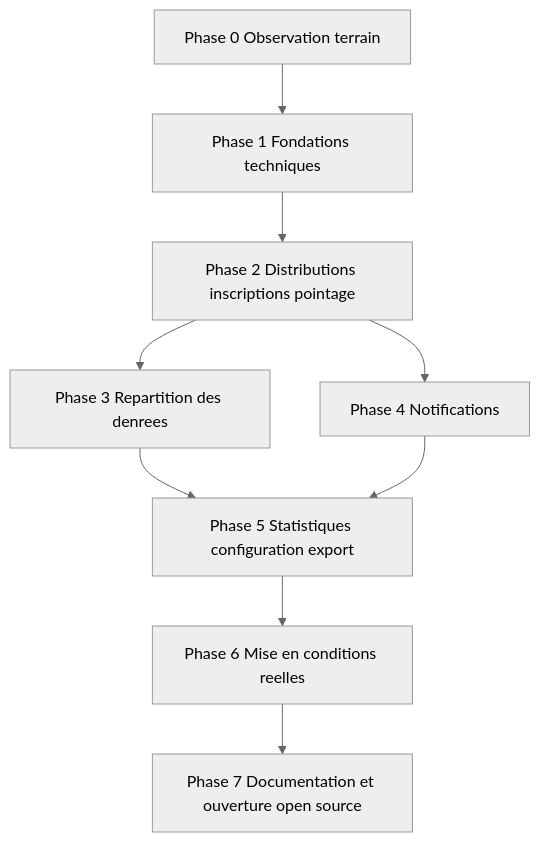
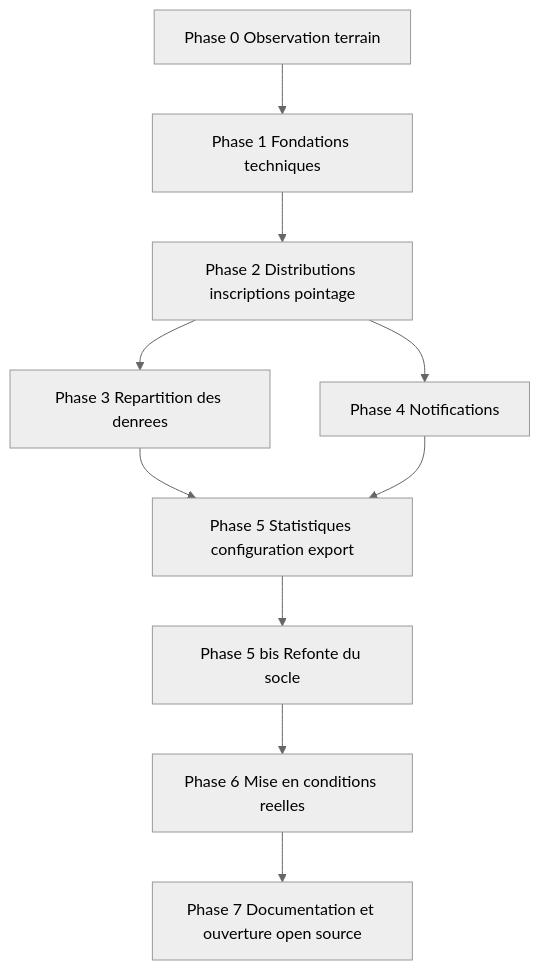
Before and after one commit to Joello61/solivio: the diagram in docs/roadmap.md, drawn with Mermaid (neutral theme). The commit also changed other lines of this file, not shown here.

First line of the commit message:
docs(roadmap): inserer la refonte du socle avant la mise en conditions reelles

````diff
--- a/docs/roadmap.md
+++ b/docs/roadmap.md
@@ -43,11 +43,12 @@
 ```mermaid
 flowchart TD
     P0[Phase 0 Observation terrain] --> P1[Phase 1 Fondations techniques]
     P1 --> P2[Phase 2 Distributions inscriptions pointage]
     P2 --> P3[Phase 3 Repartition des denrees]
     P2 --> P4[Phase 4 Notifications]
     P3 --> P5[Phase 5 Statistiques configuration export]
     P4 --> P5
-    P5 --> P6[Phase 6 Mise en conditions reelles]
+    P5 --> P5B[Phase 5 bis Refonte du socle]
+    P5B --> P6[Phase 6 Mise en conditions reelles]
     P6 --> P7[Phase 7 Documentation et ouverture open source]
 ```
````
